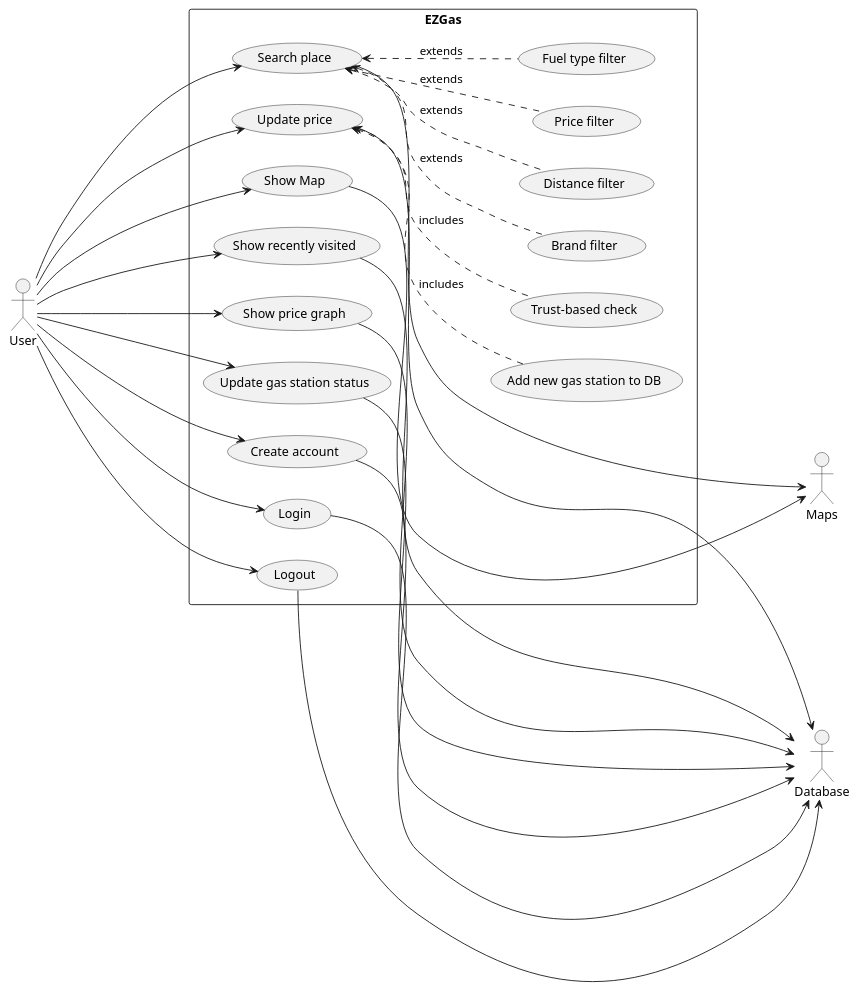
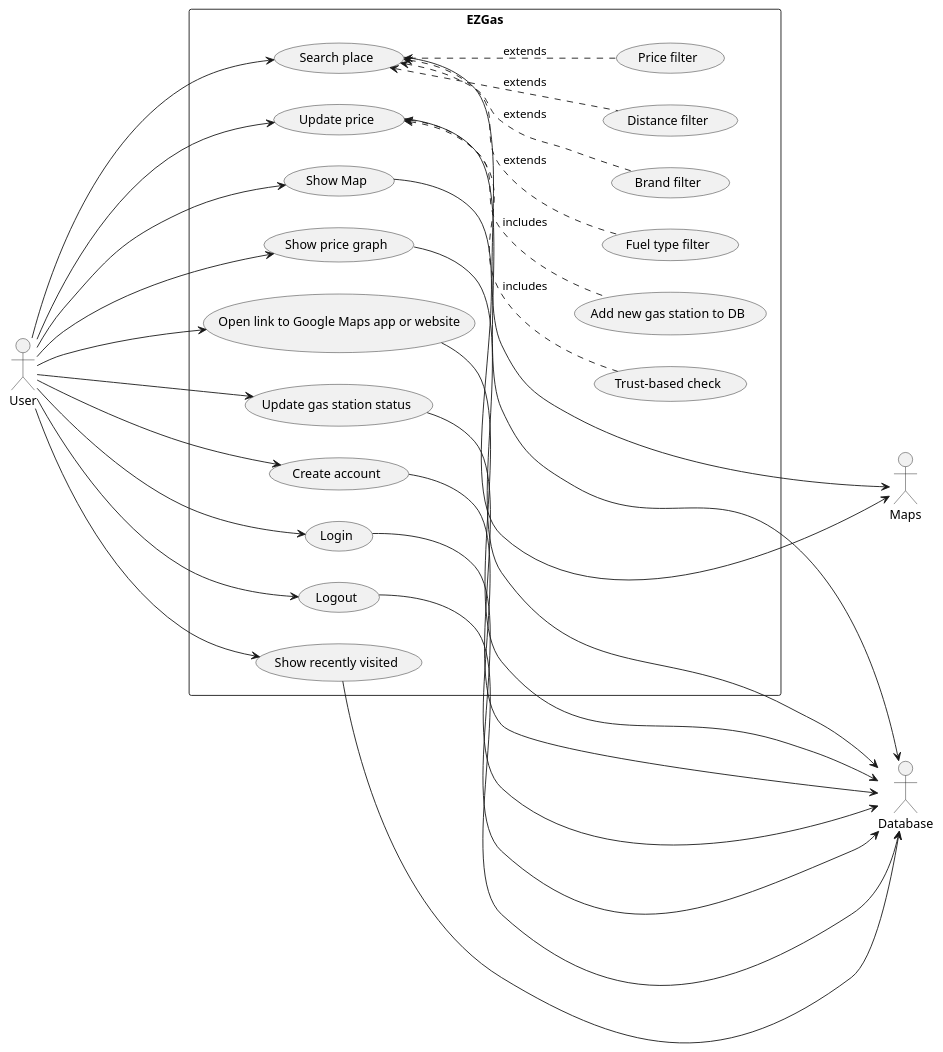
The second of 3 diagrams in docs/RequirementsDocument.md (e-caste/SoftEng-EZGas), drawn with PlantUML before and after one commit. The commit also changed other lines of this file, not shown here.

Commit message:
Updated UC diagram, added UC12(now related to FR6), shifted numeration for previous UCs 12-15 to 13-16. Ref #3

````diff
--- a/docs/RequirementsDocument.md
+++ b/docs/RequirementsDocument.md
@@ -108,52 +108,56 @@
 ```plantuml
 @startuml
 
 left to right direction
 actor User as U
 actor Database as DB
 actor Maps as M
 rectangle EZGas {
     usecase "Show Map" as FR1
     usecase "Search place" as FR2
     usecase "Distance filter" as FR2.1
     usecase "Price filter" as FR2.2
     usecase "Fuel type filter" as FR2.3
     usecase "Brand filter" as FR2.4
     usecase "Show recently visited" as FR3
     usecase "Update price" as FR4
     usecase "Trust-based check" as FR4.1
     usecase "Add new gas station to DB" as FR4.2
     usecase "Show price graph" as FR5
-    usecase "Update gas station status" as FR6
-    usecase "Create account" as FR7
-    usecase "Login" as FR7.1
-    usecase "Logout" as FR7.2
+    usecase "Open link to Google Maps app or website" as FR6
+    usecase "Update gas station status" as FR7
+    usecase "Create account" as FR8
+    usecase "Login" as FR8.1
+    usecase "Logout" as FR8.2
 }
 
 U ----> FR1
 U --> FR2
 U --> FR3
 U --> FR4
 U --> FR5
 U --> FR6
 U --> FR7
-U --> FR7.1
-U --> FR7.2
+U --> FR8
+U --> FR8.1
+U --> FR8.2
+
 FR1 ---> M
 FR2 ----> M
 FR2 <-. FR2.1 : extends
 FR2 <-. FR2.2 : extends
 FR2 <-. FR2.3 : extends
 FR2 <-. FR2.4 : extends
 FR3 ---> DB
 FR4 ---> DB
 FR4 <-. FR4.1  : includes
 FR4 <-. FR4.2 : includes
 FR5 ----> DB
 FR6 ---> DB
 FR7 ---> DB
-FR7.1 ---> DB
-FR7.2 ---> DB
+FR8 ---> DB
+FR8.1 ---> DB
+FR8.2 ---> DB
 
 @enduml
 ```
````
